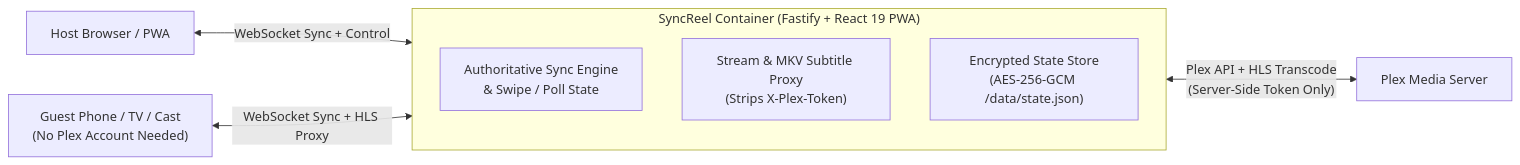
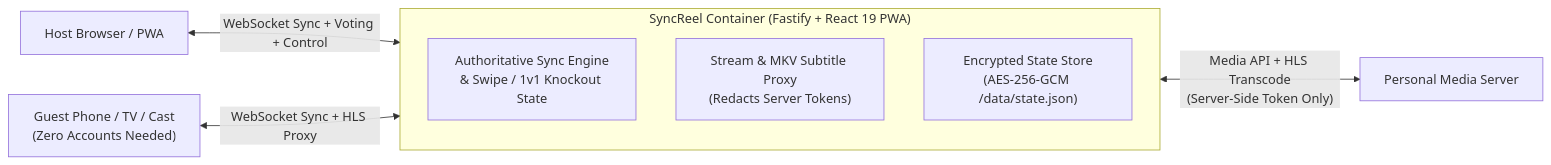
The diagram in README.md (martion289/syncreel), drawn with Mermaid before and after one commit. The commit also changed other lines of this file and 48 other files, not shown here.

````diff
--- a/README.md
+++ b/README.md
@@ -58,11 +63,11 @@
 ```mermaid
 flowchart LR
-    H["Host Browser / PWA"] <-->|"WebSocket Sync + Control"| SR
-    G["Guest Phone / TV / Cast<br/>(No Plex Account Needed)"] <-->|"WebSocket Sync + HLS Proxy"| SR
+    H["Host Browser / PWA"] <-->|"WebSocket Sync + Voting + Control"| SR
+    G["Guest Phone / TV / Cast<br/>(Zero Accounts Needed)"] <-->|"WebSocket Sync + HLS Proxy"| SR
     subgraph SR["SyncReel Container (Fastify + React 19 PWA)"]
-        WS["Authoritative Sync Engine<br/>& Swipe / Poll State"]
-        SP["Stream & MKV Subtitle Proxy<br/>(Strips X-Plex-Token)"]
+        WS["Authoritative Sync Engine<br/>& Swipe / 1v1 Knockout State"]
+        SP["Stream & MKV Subtitle Proxy<br/>(Redacts Server Tokens)"]
         ST["Encrypted State Store<br/>(AES-256-GCM /data/state.json)"]
     end
-    SR <-->|"Plex API + HLS Transcode<br/>(Server-Side Token Only)"| PLEX["Plex Media Server"]
+    SR <-->|"Media API + HLS Transcode<br/>(Server-Side Token Only)"| MS["Personal Media Server"]
 ```
````
